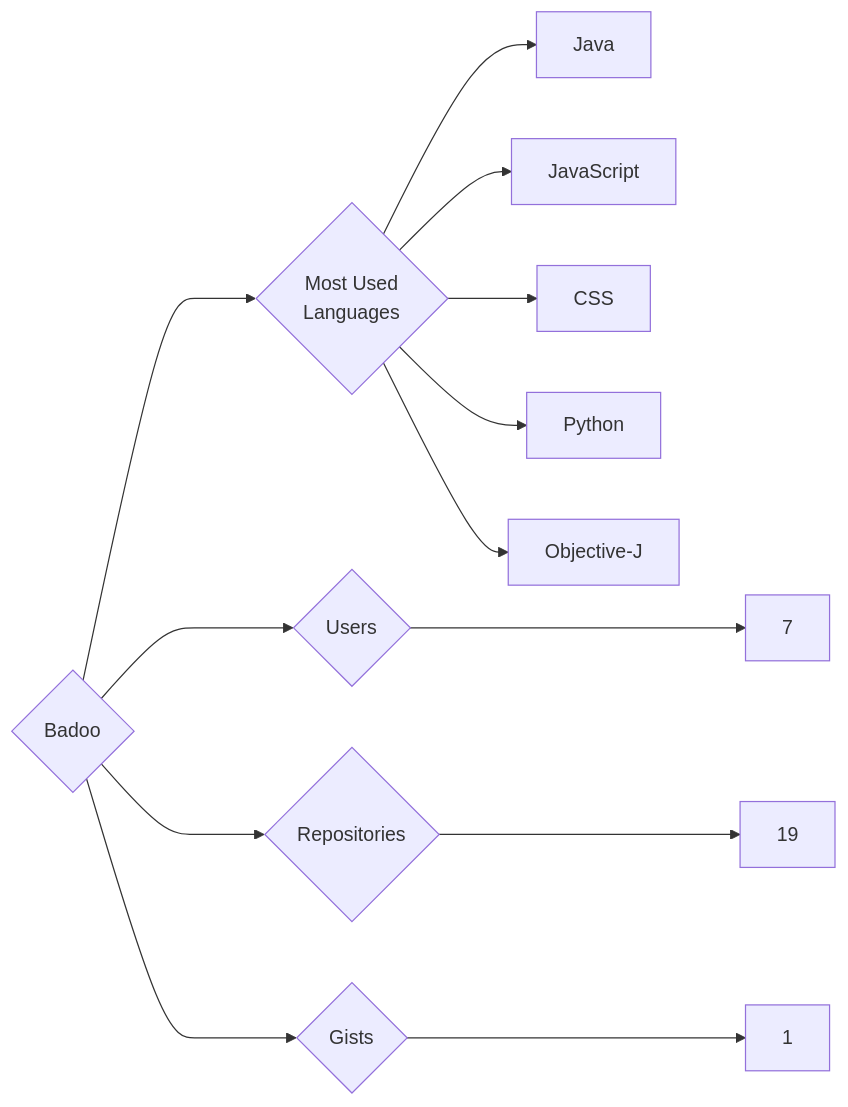
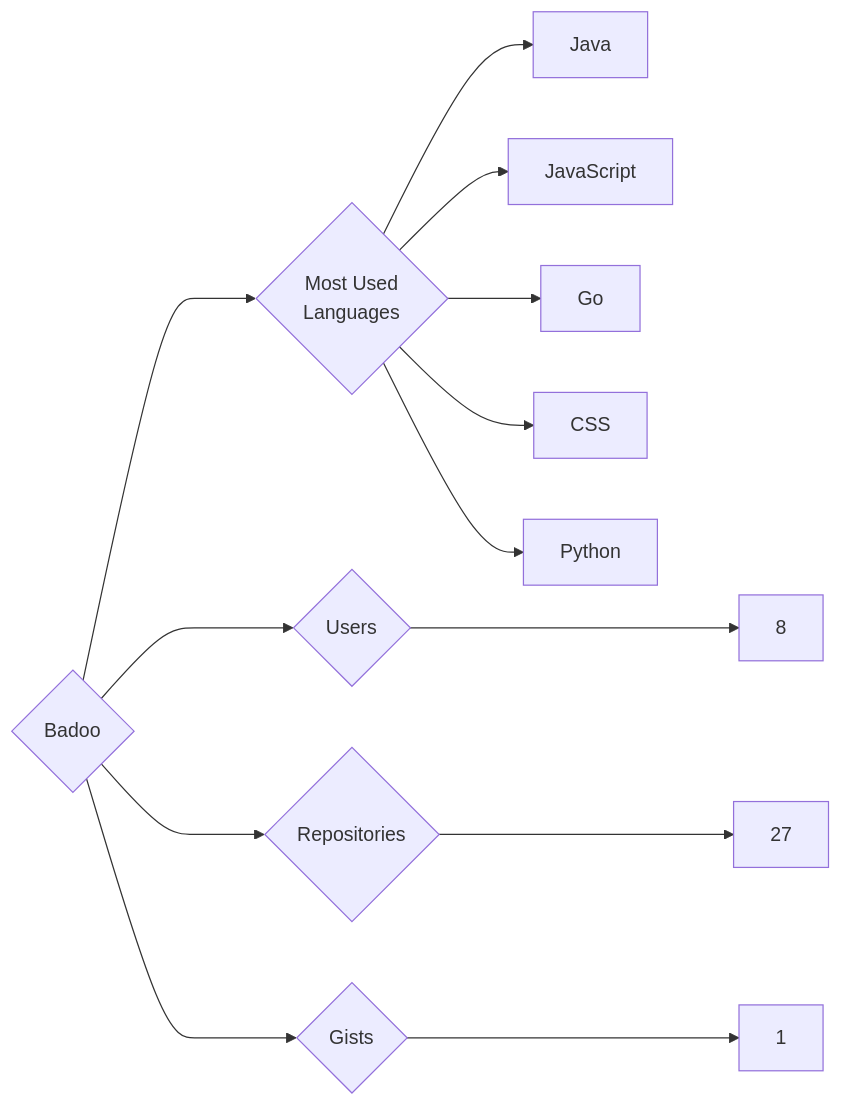
One commit to trickest/insiders changed the diagram in targets/Badoo/README.md. Above: the diagram before and after it, drawn with Mermaid. The commit also changed 1023 other files, not shown here.

````diff
--- a/targets/Badoo/README.md
+++ b/targets/Badoo/README.md
@@ -3,13 +3,13 @@
 ```mermaid
 graph LR
 COMPANY_NAME{Badoo}
-COMPANY_NAME ---> U{Users} ---> UN[7]
-COMPANY_NAME ---> R{Repositories} ---> RN[19]
+COMPANY_NAME ---> U{Users} ---> UN[8]
+COMPANY_NAME ---> R{Repositories} ---> RN[27]
 COMPANY_NAME ---> G{Gists} ---> GN[1]
 COMPANY_NAME ---> ML{Most Used<br>Languages}
 ML --> Java[Java]
 ML --> JavaScript[JavaScript]
+ML --> Go[Go]
 ML --> CSS[CSS]
 ML --> Python[Python]
-ML --> Objective-J[Objective-J]
 ```
````
